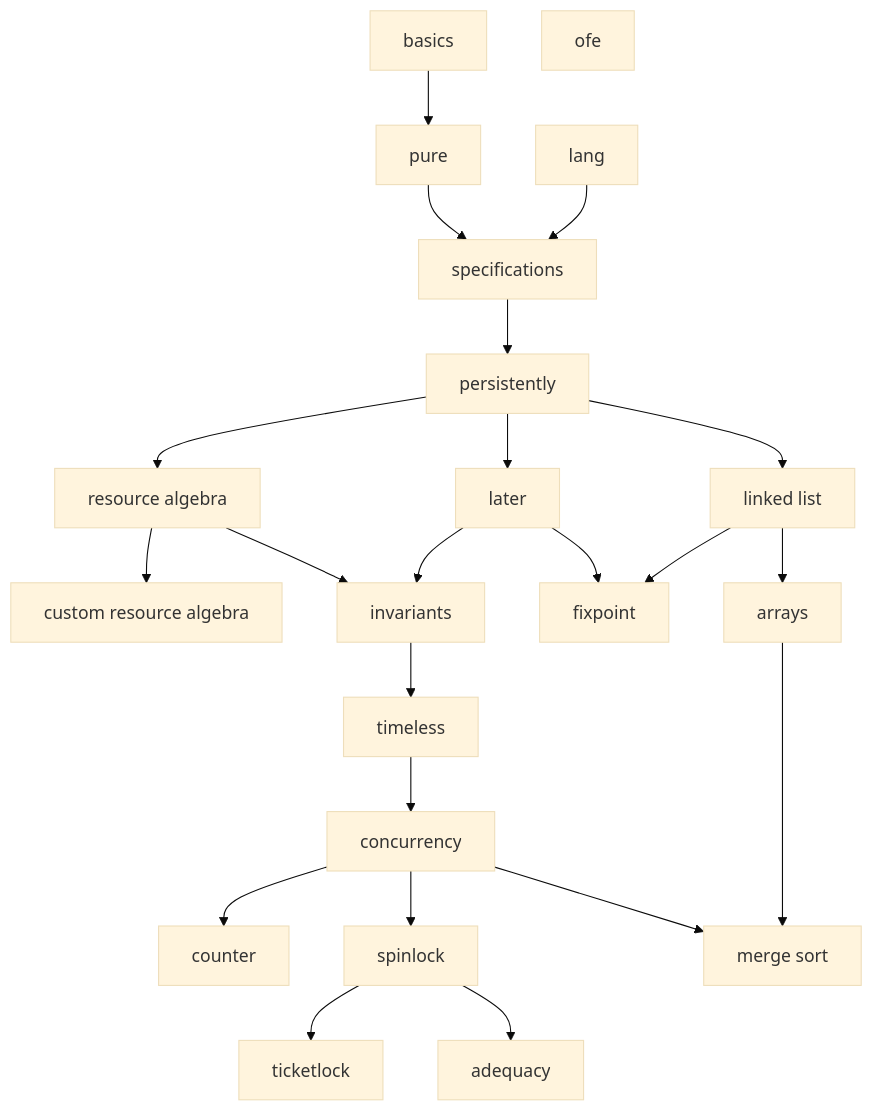
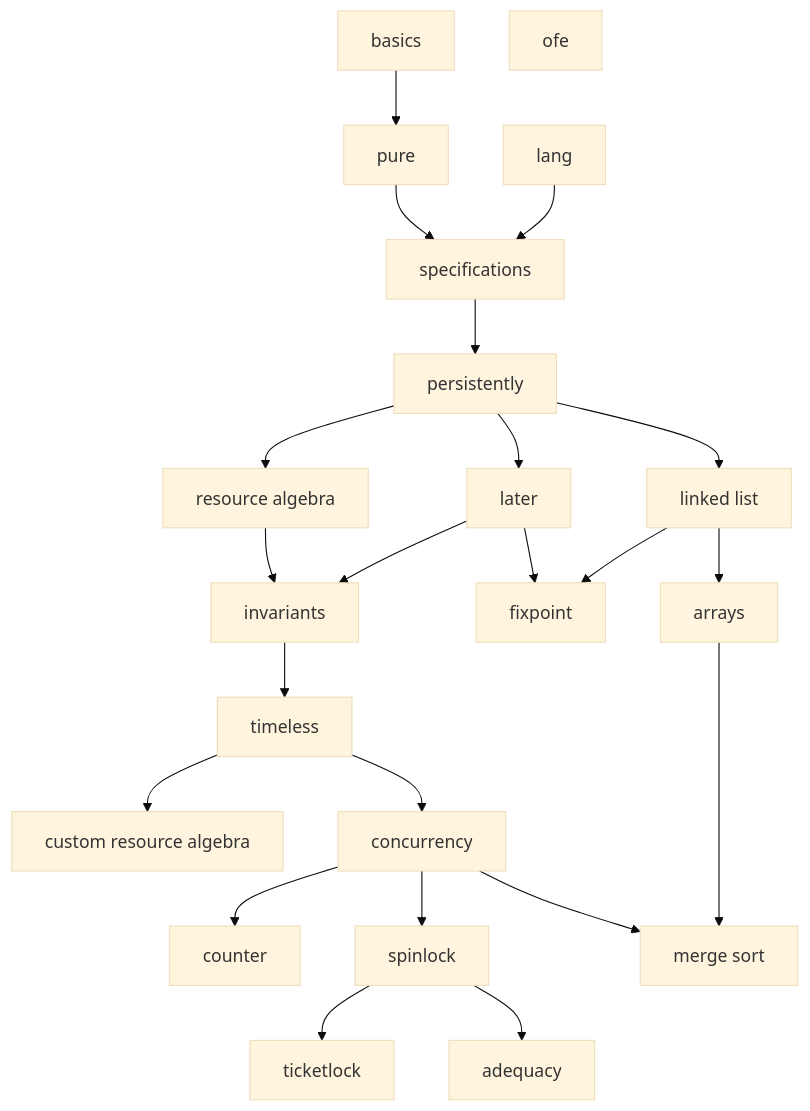
Before and after one commit to logsem/iris-tutorial: the diagram in graph.md, drawn with Mermaid (base theme). The commit also changed 1 other file, not shown here.

Commit message:
Updated chapter dependencies. Minor fixes in custom_ra

````diff
--- a/graph.md
+++ b/graph.md
@@ -1,29 +1,29 @@
 ```mermaid
 graph TD;
   basics --> pure;
   pure --> specs[specifications];
   lang --> specs;
   specs --> pers[persistently];
   pers -->  ra[resource algebra];
   pers --> later;
   pers --> linklist[linked list];
   later --> invariants;
   later --> fix;
 
-  ra --> cst_ra[custom resource algebra];
   ra --> invariants;
   invariants --> timeless;
+  timeless --> cst_ra[custom resource algebra];
   timeless --> conc[concurrency];
   
   conc --> counter;
   conc --> spinlock;
     spinlock --> ticketlock;
     spinlock --> adequacy;
 
   linklist --> fix[fixpoint];
   linklist --> arrays;
 
   conc --> merge;
   arrays --> merge[merge sort];
   ofe;
 ```
````
